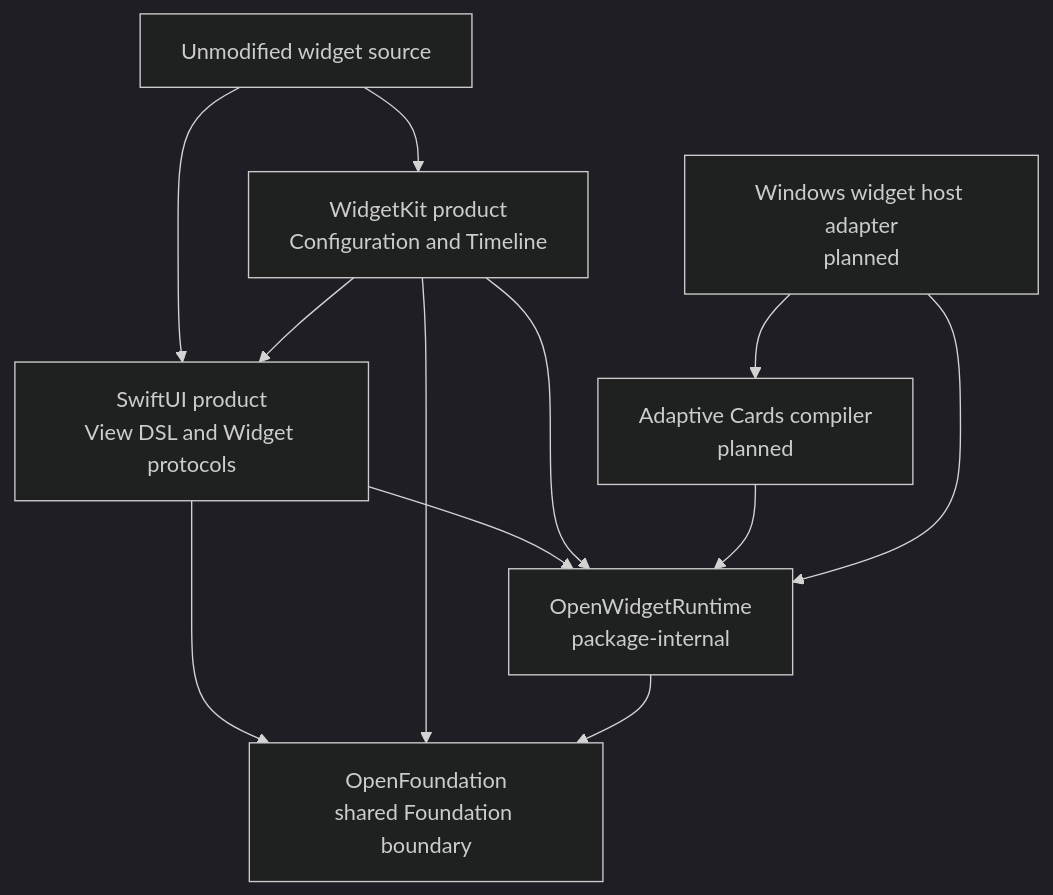
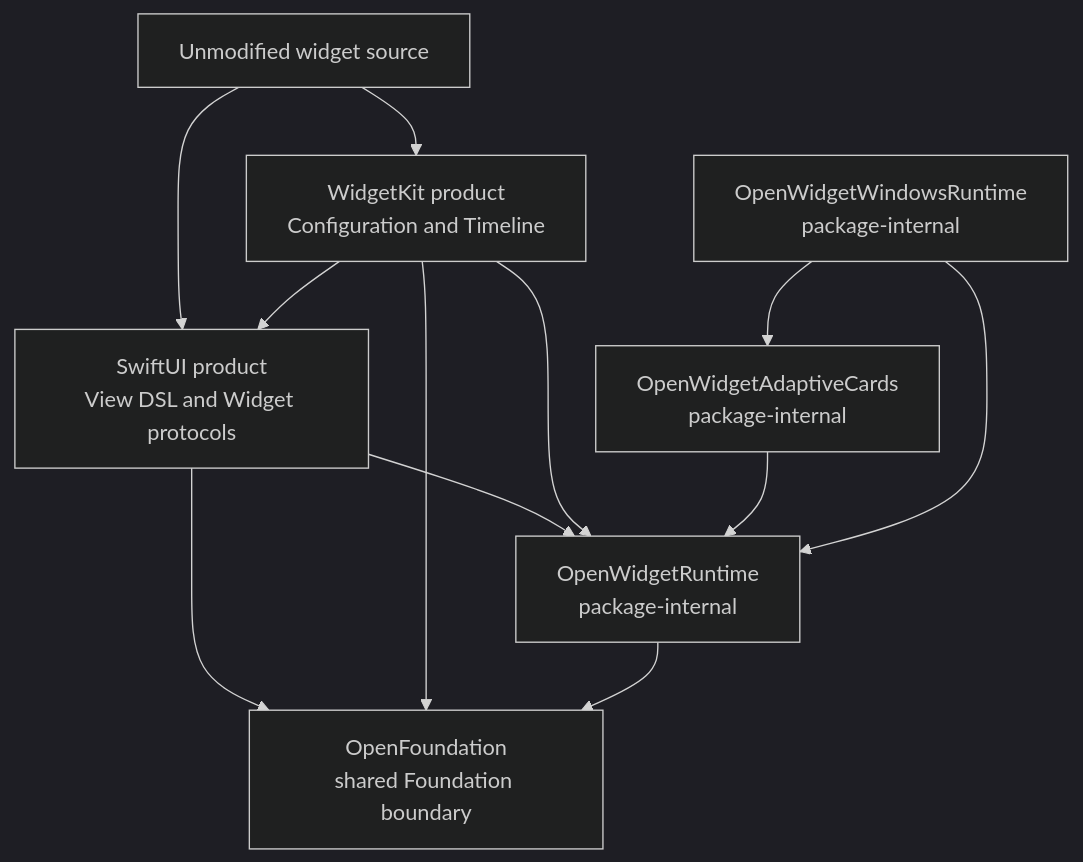
One commit to 1amageek/OpenWidgetKit changed the second of 2 diagrams in README.md. Above: the diagram before and after it, drawn with Mermaid (dark theme). The commit also changed other lines of this file and 47 other files, not shown here.

Commit message:
Implement Adaptive Cards and Windows widget provider

````diff
--- a/README.md
+++ b/README.md
@@ -73,22 +81,22 @@
 ```mermaid
 flowchart TD
     App["Unmodified widget source"]
     SwiftUI["SwiftUI product<br/>View DSL and Widget protocols"]
     WidgetKit["WidgetKit product<br/>Configuration and Timeline"]
     Foundation["OpenFoundation<br/>shared Foundation boundary"]
     Runtime["OpenWidgetRuntime<br/>package-internal"]
-    Compiler["Adaptive Cards compiler<br/>planned"]
-    Host["Windows widget host adapter<br/>planned"]
+    Compiler["OpenWidgetAdaptiveCards<br/>package-internal"]
+    Host["OpenWidgetWindowsRuntime<br/>package-internal"]
 
     App --> SwiftUI
     App --> WidgetKit
     WidgetKit --> SwiftUI
     SwiftUI --> Foundation
     WidgetKit --> Foundation
     SwiftUI --> Runtime
     WidgetKit --> Runtime
     Runtime --> Foundation
     Compiler --> Runtime
     Host --> Runtime
     Host --> Compiler
 ```
````
